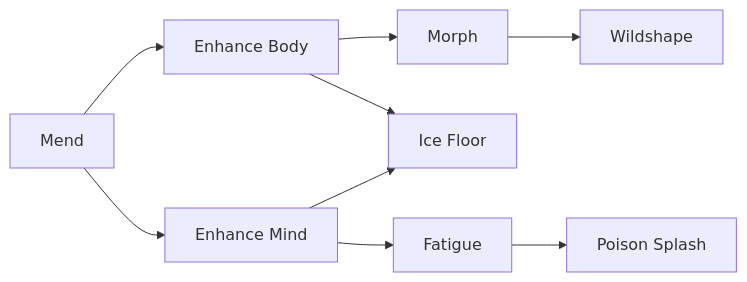
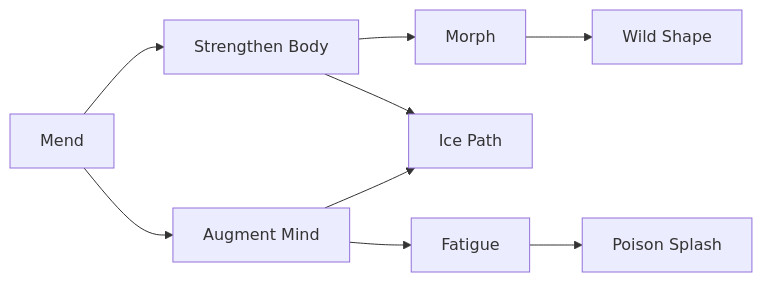
One commit to rubypinkromance/xrpg changed diagram 13 of 17 in docs/xrpg-rules.md. Above: the diagram before and after it, drawn with Mermaid. The commit also changed other lines of this file, not shown here.

````diff
--- a/docs/xrpg-rules.md
+++ b/docs/xrpg-rules.md
@@ -739,11 +761,11 @@
 ```mermaid
 flowchart LR
-    Mend --> Body[Enhance Body]
-    Mend --> Mind[Enhance Mind]
+    Mend --> Body[Strengthen Body]
+    Mend --> Mind[Augment Mind]
     Body --> Morph
-    Body --> Ice[Ice Floor]
+    Body --> Ice[Ice Path]
     Mind --> Fatigue
     Mind --> Ice
-    Morph --> Wildshape
+    Morph --> Wildshape[Wild Shape]
     Fatigue --> Poison[Poison Splash]
 ```
````
